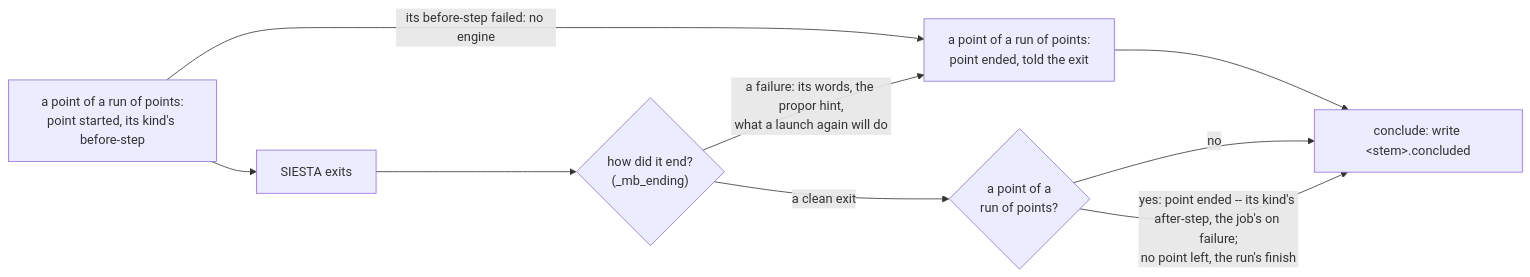
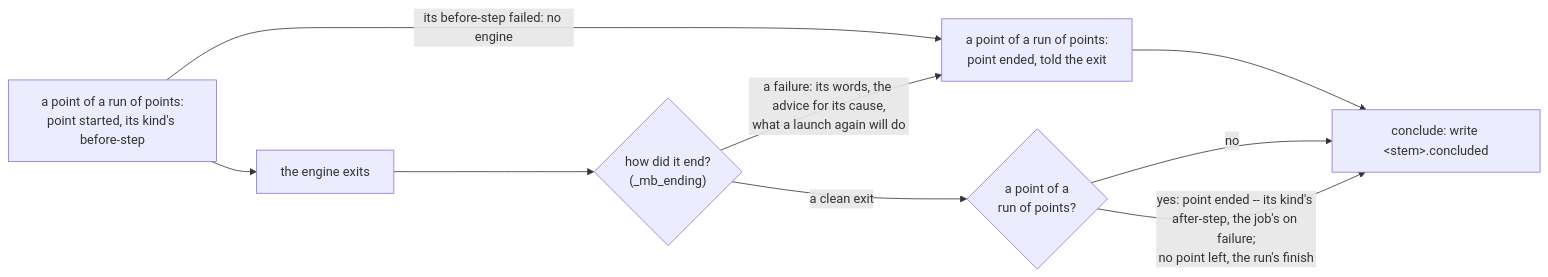
The second of 5 diagrams in docs/execution/running-a-job.md (Qing-LAB/molbuilder), drawn with Mermaid before and after one commit. The commit also changed other lines of this file and 45 other files, not shown here.

First line of the commit message:
2.63.0: the run script names no engine -- one run script for every engine, each block decided by the engine's record

````diff
--- a/docs/execution/running-a-job.md
+++ b/docs/execution/running-a-job.md
@@ -530,11 +574,11 @@
 ```mermaid
 flowchart LR
-    P["a point of a run of points:<br/>point started, its kind's before-step"] --> X["SIESTA exits"]
+    P["a point of a run of points:<br/>point started, its kind's before-step"] --> X["the engine exits"]
     P -->|"its before-step failed: no engine"| S
     X --> Q{"how did it end?<br/>(_mb_ending)"}
-    Q -->|"a failure: its words, the propor hint,<br/>what a launch again will do"| S["a point of a run of points:<br/>point ended, told the exit"]
+    Q -->|"a failure: its words, the advice for its cause,<br/>what a launch again will do"| S["a point of a run of points:<br/>point ended, told the exit"]
     S --> C["conclude: write &lt;stem&gt;.concluded"]
     Q -->|"a clean exit"| F{"a point of a<br/>run of points?"}
     F -->|"no"| C
     F -->|"yes: point ended -- its kind's after-step, the job's on failure;<br/>no point left, the run's finish"| C
 ```
````
